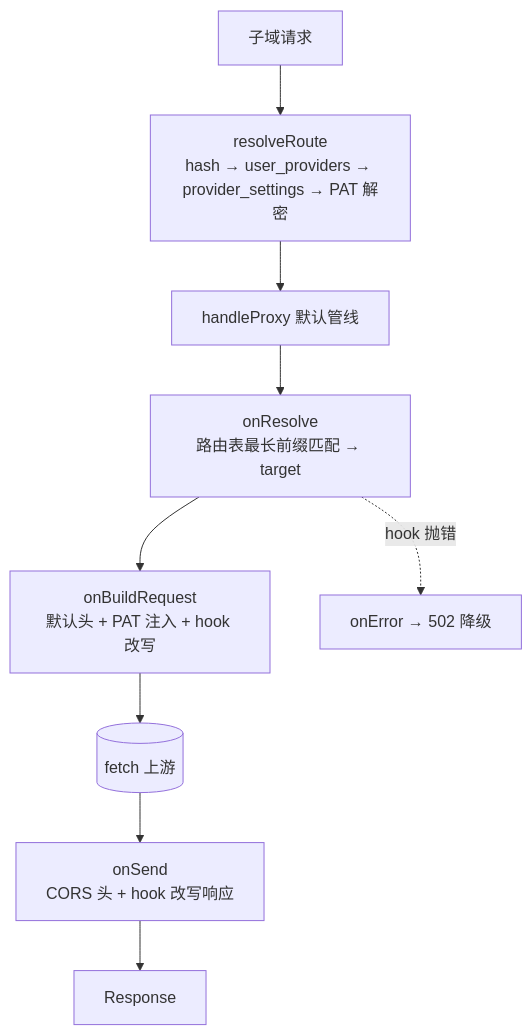
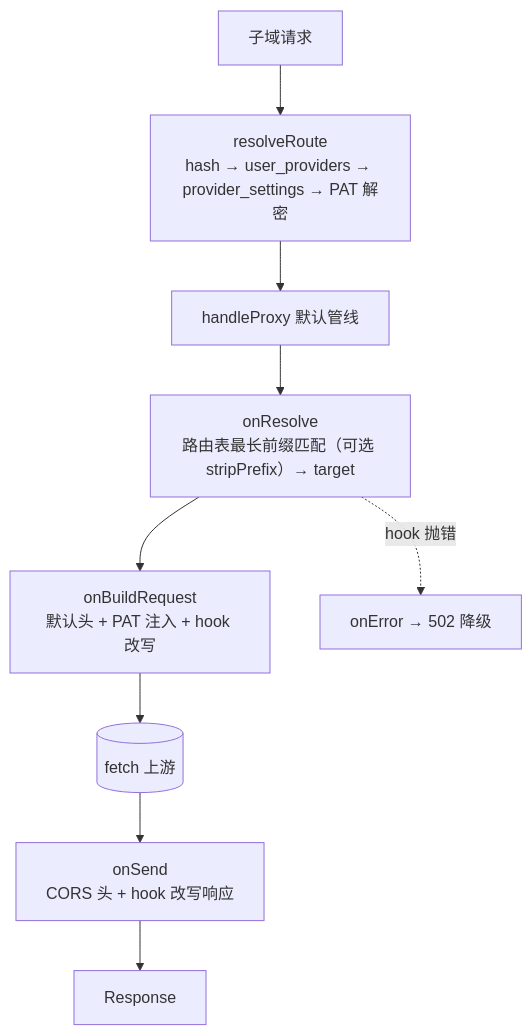
Before and after one commit to deepwn/cloudMirror: the third of 7 diagrams in docs/architecture.md, drawn with Mermaid. The commit also changed other lines of this file and 9 other files, not shown here.

````diff
--- a/docs/architecture.md
+++ b/docs/architecture.md
@@ -88,11 +88,11 @@
 ```mermaid
 flowchart TD
     REQ[子域请求] --> R[resolveRoute<br/>hash → user_providers → provider_settings → PAT 解密]
     R --> P[handleProxy 默认管线]
-    P --> O1[onResolve<br/>路由表最长前缀匹配 → target]
+    P --> O1[onResolve<br/>路由表最长前缀匹配（可选 stripPrefix）→ target]
     O1 --> O2[onBuildRequest<br/>默认头 + PAT 注入 + hook 改写]
     O2 --> F[(fetch 上游)]
     F --> O3[onSend<br/>CORS 头 + hook 改写响应]
     O3 --> OUT[Response]
     O1 -.hook 抛错.-> ERR[onError → 502 降级]
 ```
````
